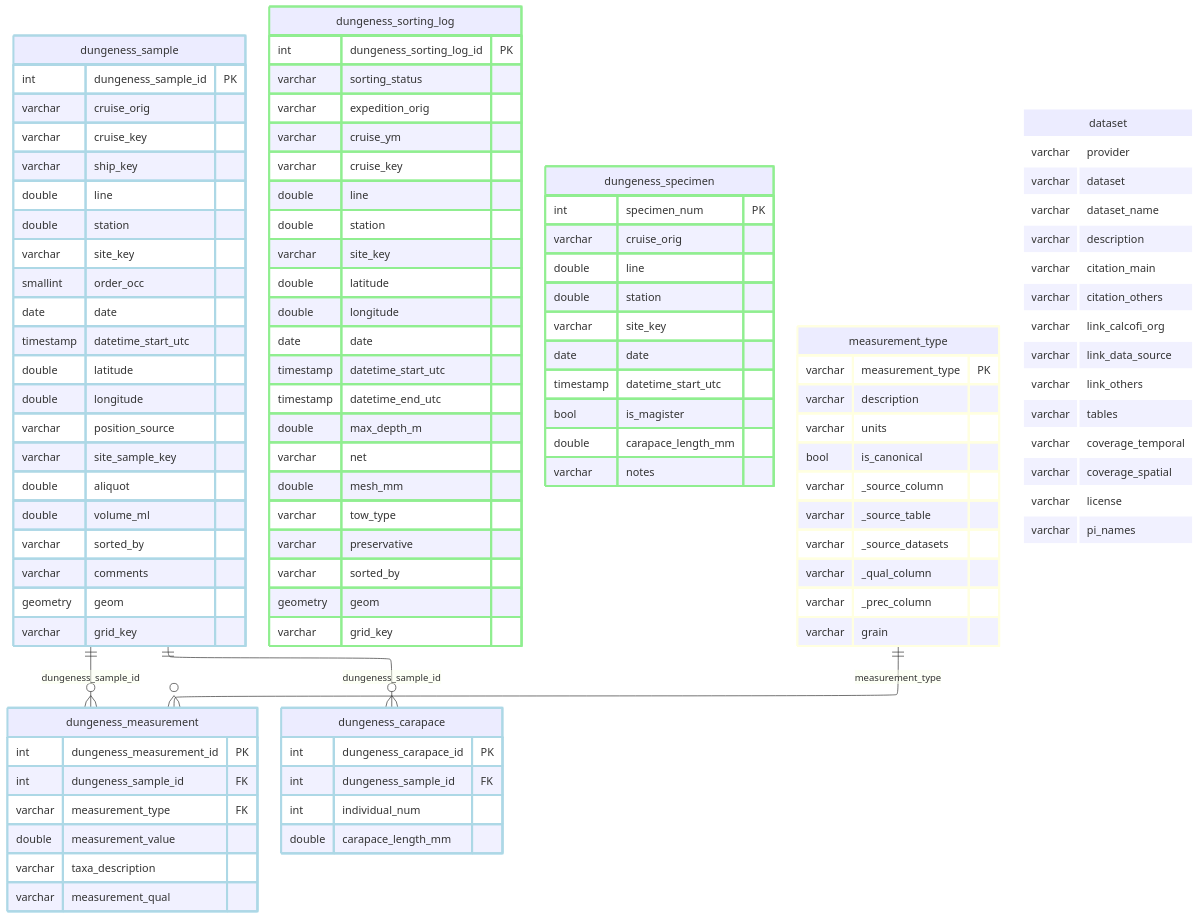
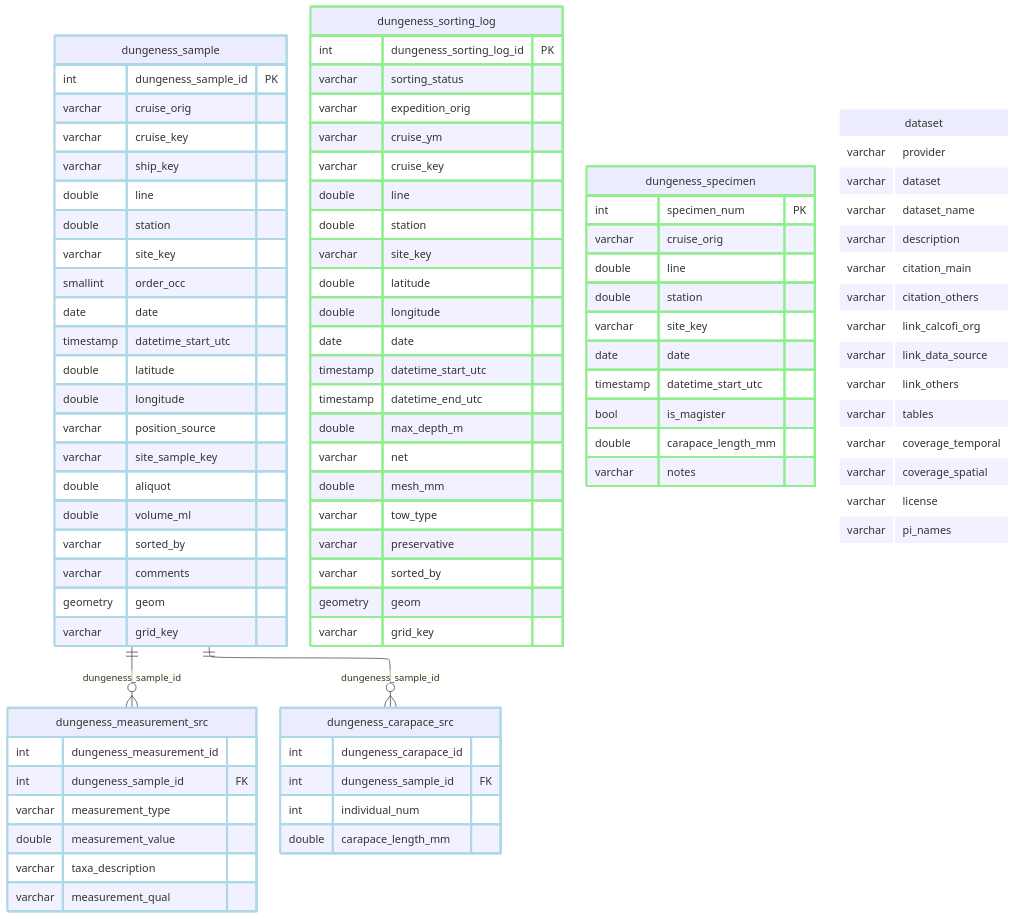
Before and after one commit to CalCOFI/workflows: the diagram in _output/ingest_dfw_dungeness-crab_files/figure-html/schema-1.mmd, drawn with Mermaid. The commit also changed 11 other files, not shown here.

```diff
--- a/_output/ingest_dfw_dungeness-crab_files/figure-html/schema-1.mmd
+++ b/_output/ingest_dfw_dungeness-crab_files/figure-html/schema-1.mmd
@@ -1,115 +1,100 @@
 ---
 config:
   layout: elk
 ---
 erDiagram
     dungeness_sample {
         int dungeness_sample_id PK
         varchar cruise_orig
         varchar cruise_key
         varchar ship_key
         double line
         double station
         varchar site_key
         smallint order_occ
         date date
         timestamp datetime_start_utc
         double latitude
         double longitude
         varchar position_source
         varchar site_sample_key
         double aliquot
         double volume_ml
         varchar sorted_by
         varchar comments
         geometry geom
         varchar grid_key
     }
-    dungeness_measurement {
-        int dungeness_measurement_id PK
+    dungeness_measurement_src {
+        int dungeness_measurement_id
         int dungeness_sample_id FK
-        varchar measurement_type FK
+        varchar measurement_type
         double measurement_value
         varchar taxa_description
         varchar measurement_qual
     }
-    dungeness_carapace {
-        int dungeness_carapace_id PK
+    dungeness_carapace_src {
+        int dungeness_carapace_id
         int dungeness_sample_id FK
         int individual_num
         double carapace_length_mm
     }
     dungeness_sorting_log {
         int dungeness_sorting_log_id PK
         varchar sorting_status
         varchar expedition_orig
         varchar cruise_ym
         varchar cruise_key
         double line
         double station
         varchar site_key
         double latitude
         double longitude
         date date
         timestamp datetime_start_utc
         timestamp datetime_end_utc
         double max_depth_m
         varchar net
         double mesh_mm
         varchar tow_type
         varchar preservative
         varchar sorted_by
         geometry geom
         varchar grid_key
     }
     dungeness_specimen {
         int specimen_num PK
         varchar cruise_orig
         double line
         double station
         varchar site_key
         date date
         timestamp datetime_start_utc
         bool is_magister
         double carapace_length_mm
         varchar notes
     }
-    measurement_type {
-        varchar measurement_type PK
-        varchar description
-        varchar units
-        bool is_canonical
-        varchar _source_column
-        varchar _source_table
-        varchar _source_datasets
-        varchar _qual_column
-        varchar _prec_column
-        varchar grain
-    }
     dataset {
         varchar provider
         varchar dataset
         varchar dataset_name
         varchar description
         varchar citation_main
         varchar citation_others
         varchar link_calcofi_org
         varchar link_data_source
         varchar link_others
         varchar tables
         varchar coverage_temporal
         varchar coverage_spatial
         varchar license
         varchar pi_names
     }
-    dungeness_sample ||--o{ dungeness_measurement : "dungeness_sample_id"
-    dungeness_sample ||--o{ dungeness_carapace : "dungeness_sample_id"
-    measurement_type ||--o{ dungeness_measurement : "measurement_type"
+    dungeness_sample ||--o{ dungeness_measurement_src : "dungeness_sample_id"
+    dungeness_sample ||--o{ dungeness_carapace_src : "dungeness_sample_id"
     classDef lightblue stroke:#ADD8E6,stroke-width:3px
-    class dungeness_sample,dungeness_measurement,dungeness_carapace lightblue
+    class dungeness_sample,dungeness_measurement_src,dungeness_carapace_src lightblue
     classDef lightgreen stroke:#90EE90,stroke-width:3px
     class dungeness_sorting_log,dungeness_specimen lightgreen
-    classDef lightyellow stroke:#FFFFE0,stroke-width:3px
-    class measurement_type lightyellow
     classDef white stroke:#FFFFFF,stroke-width:3px
     class dataset white
```
